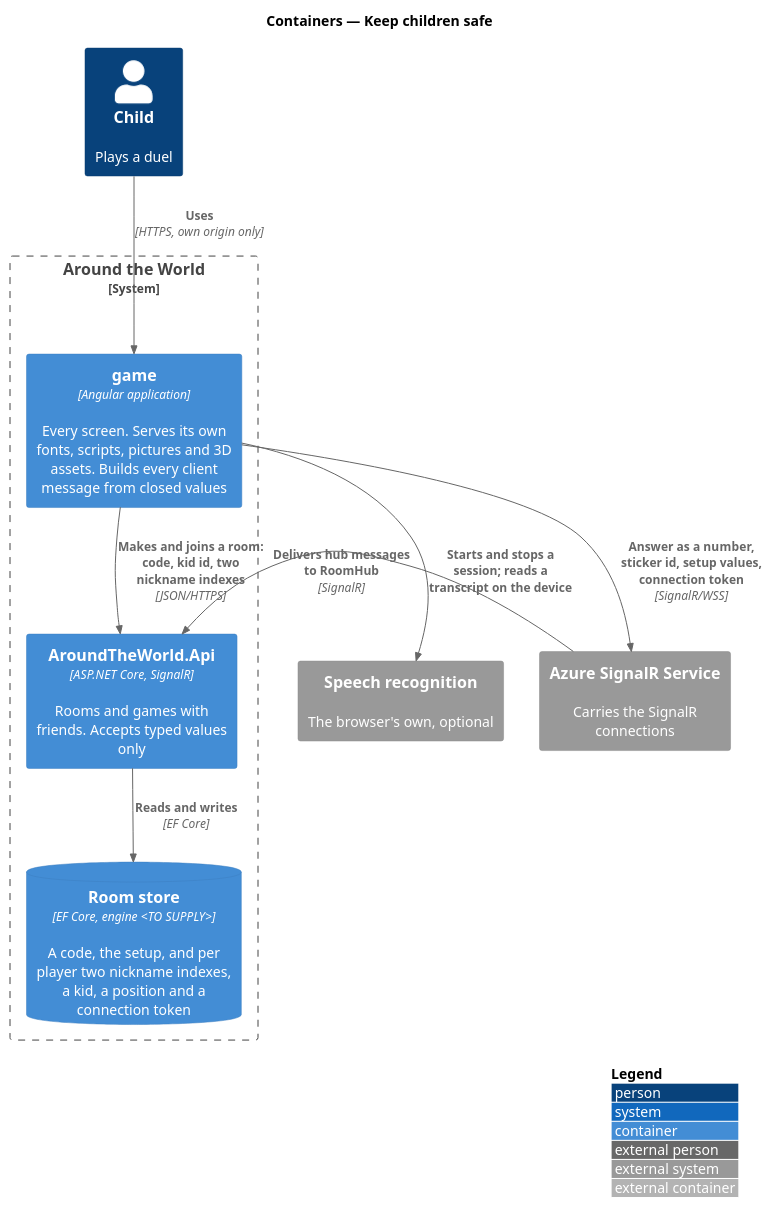
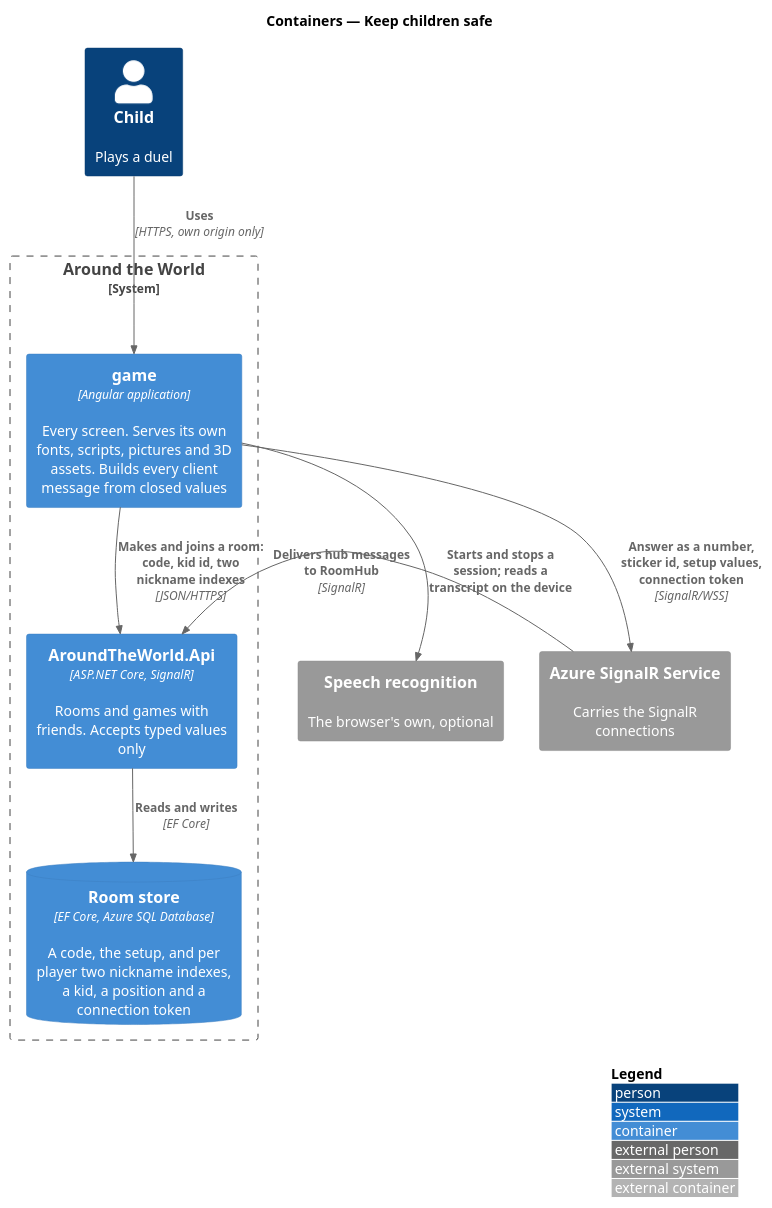
The diagram in docs/detailed-designs/platform/keep-children-safe/diagrams/c4-container.puml (QuinntyneBrown/around-the-world), drawn with PlantUML before and after one commit. The commit also changed 23 other files, not shown here.

```diff
--- a/docs/detailed-designs/platform/keep-children-safe/diagrams/c4-container.puml
+++ b/docs/detailed-designs/platform/keep-children-safe/diagrams/c4-container.puml
@@ -1,20 +1,20 @@
 @startuml
 !include <C4/C4_Container>
 LAYOUT_WITH_LEGEND()
 title Containers — Keep children safe
 
 Person(child, "Child", "Plays a duel")
 System_Ext(speech, "Speech recognition", "The browser's own, optional")
 System_Ext(signalr, "Azure SignalR Service", "Carries the SignalR connections")
 System_Boundary(atw, "Around the World") {
   Container(game, "game", "Angular application", "Every screen. Serves its own fonts, scripts, pictures and 3D assets. Builds every client message from closed values")
   Container(api, "AroundTheWorld.Api", "ASP.NET Core, SignalR", "Rooms and games with friends. Accepts typed values only")
-  ContainerDb(store, "Room store", "EF Core, engine <TO SUPPLY>", "A code, the setup, and per player two nickname indexes, a kid, a position and a connection token")
+  ContainerDb(store, "Room store", "EF Core, Azure SQL Database", "A code, the setup, and per player two nickname indexes, a kid, a position and a connection token")
 }
 Rel(child, game, "Uses", "HTTPS, own origin only")
 Rel(game, speech, "Starts and stops a session; reads a transcript on the device")
 Rel(game, api, "Makes and joins a room: code, kid id, two nickname indexes", "JSON/HTTPS")
 Rel(game, signalr, "Answer as a number, sticker id, setup values, connection token", "SignalR/WSS")
 Rel(signalr, api, "Delivers hub messages to RoomHub", "SignalR")
 Rel(api, store, "Reads and writes", "EF Core")
 @enduml
```
